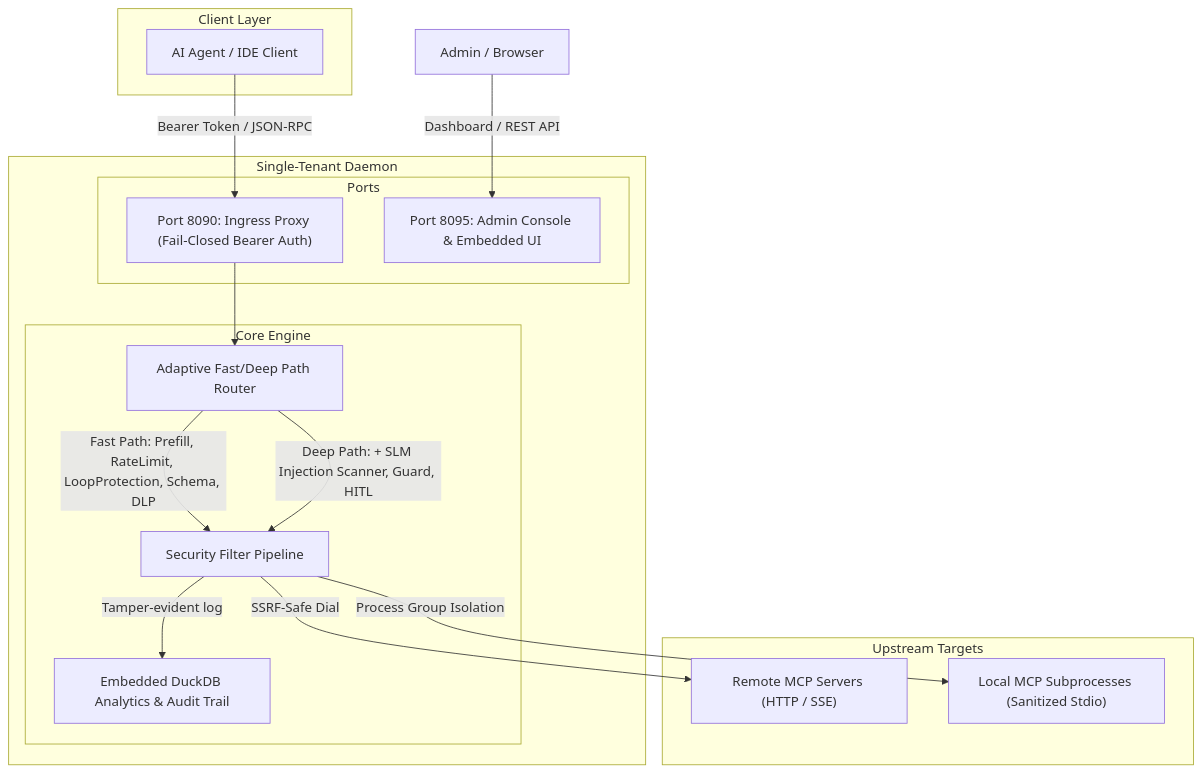
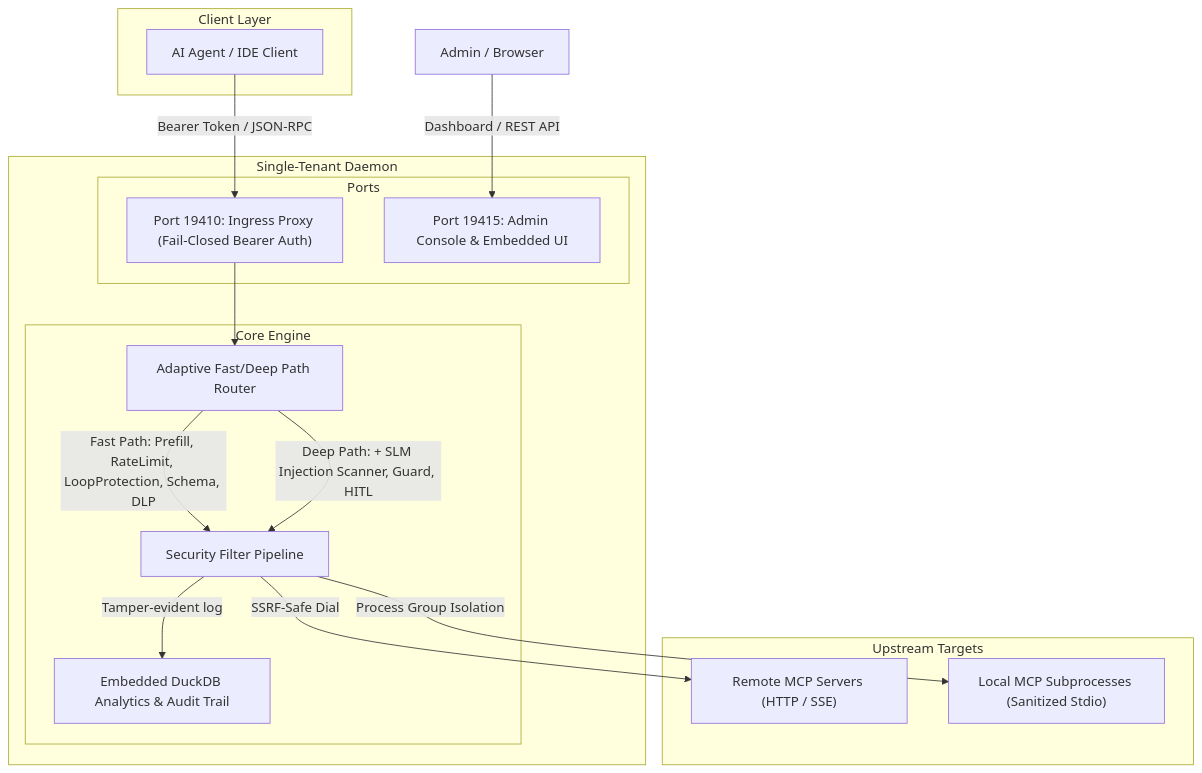
Before and after one commit to FaradAiLab/FaradAiWire: the diagram in README.md, drawn with Mermaid. The commit also changed other lines of this file and 35 other files, not shown here.

Commit message:
feat: update default service ports to 19410 for ingress and 19415 for admin

````diff
--- a/README.md
+++ b/README.md
@@ -17,33 +17,33 @@
 ```mermaid
 graph TD
     subgraph Client Layer
         Agent[AI Agent / IDE Client]
     end
 
     subgraph FaradAiWire PEP [Single-Tenant Daemon]
         subgraph Ports
-            P1["Port 8090: Ingress Proxy (Fail-Closed Bearer Auth)"]
-            P2["Port 8095: Admin Console & Embedded UI"]
+            P1["Port 19410: Ingress Proxy (Fail-Closed Bearer Auth)"]
+            P2["Port 19415: Admin Console & Embedded UI"]
         end
 
         subgraph Core Engine
             Router[Adaptive Fast/Deep Path Router]
             Pipeline[Security Filter Pipeline]
             Telemetry[Embedded DuckDB Analytics & Audit Trail]
         end
     end
 
     subgraph Upstream Targets
         RemoteMCP["Remote MCP Servers (HTTP / SSE)"]
         StdioMCP["Local MCP Subprocesses (Sanitized Stdio)"]
     end
 
     Agent -->|Bearer Token / JSON-RPC| P1
     Operator[Admin / Browser] -->|Dashboard / REST API| P2
     P1 --> Router
     Router -->|Fast Path: Prefill, RateLimit, LoopProtection, Schema, DLP| Pipeline
     Router -->|Deep Path: + SLM Injection Scanner, Guard, HITL| Pipeline
     Pipeline -->|Tamper-evident log| Telemetry
     Pipeline -->|SSRF-Safe Dial| RemoteMCP
     Pipeline -->|Process Group Isolation| StdioMCP
 ```
````
